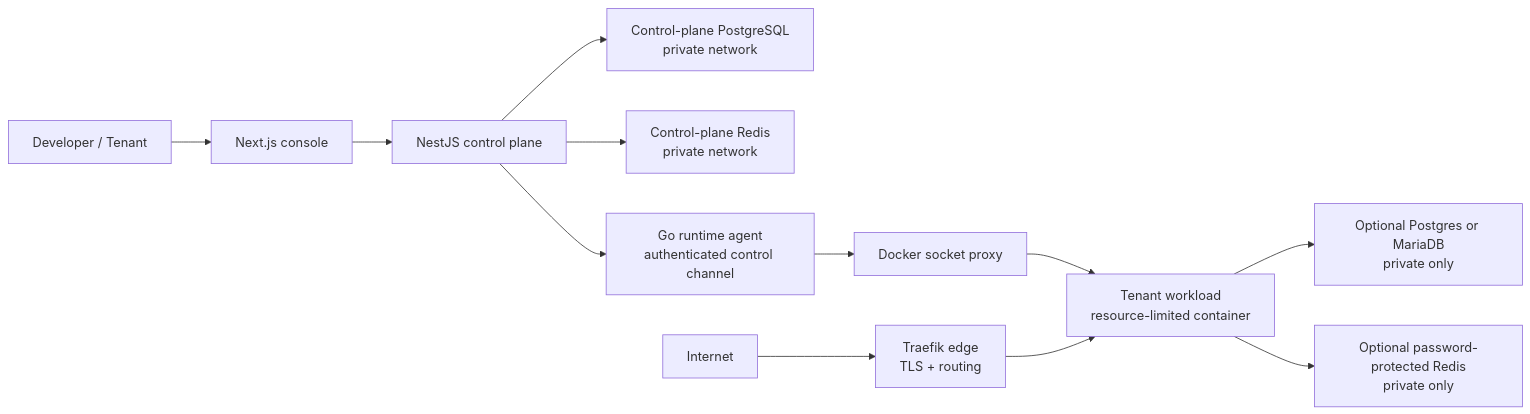
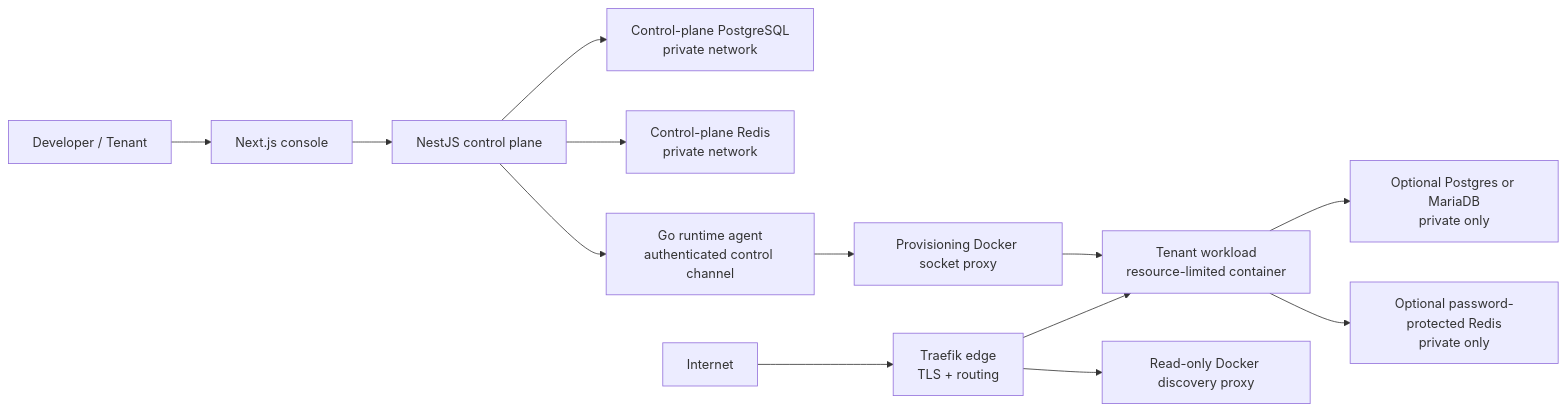
Before and after one commit to Emjaay20/AetherHost: the first of 3 diagrams in docs/architecture/RELIABILITY_PLATFORM.md, drawn with Mermaid. The commit also changed other lines of this file and 2 other files, not shown here.

Commit message:
fix(security): isolate Traefik Docker discovery (#23)

````diff
--- a/docs/architecture/RELIABILITY_PLATFORM.md
+++ b/docs/architecture/RELIABILITY_PLATFORM.md
@@ -7,14 +7,15 @@
 ```mermaid
 flowchart LR
     user["Developer / Tenant"] --> console["Next.js console"]
     console --> api["NestJS control plane"]
     api --> postgres["Control-plane PostgreSQL\nprivate network"]
     api --> redis["Control-plane Redis\nprivate network"]
     api --> agent["Go runtime agent\nauthenticated control channel"]
-    agent --> docker["Docker socket proxy"]
+    agent --> docker["Provisioning Docker socket proxy"]
     docker --> workload["Tenant workload\nresource-limited container"]
+    edge --> discovery["Read-only Docker discovery proxy"]
     edge["Traefik edge\nTLS + routing"] --> workload
     internet["Internet"] --> edge
     workload --> appdb["Optional Postgres or MariaDB\nprivate only"]
     workload --> cache["Optional password-protected Redis\nprivate only"]
 ```
````
